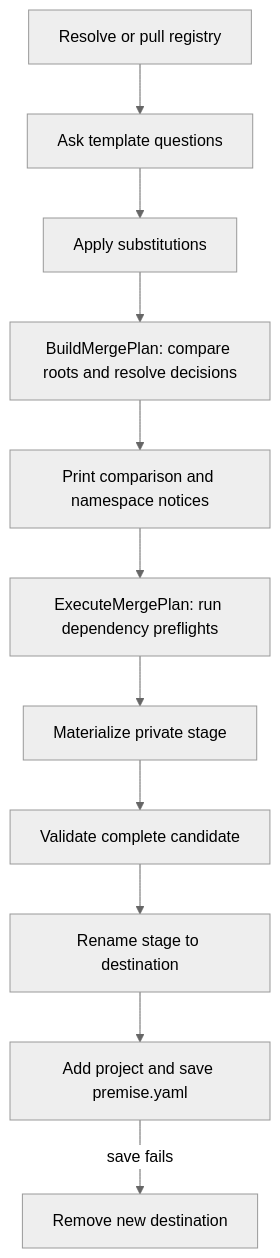
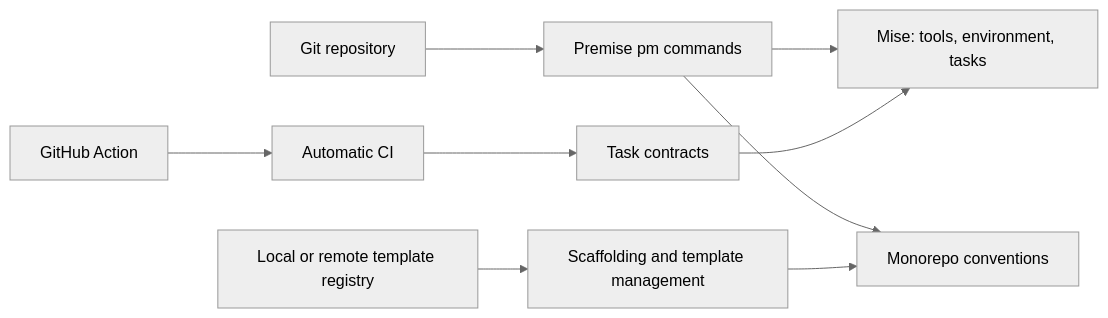
Before and after one commit to cloudvoyant/premise: the diagram in docs/architecture.md, drawn with Mermaid (neutral theme). The commit also changed other lines of this file and 13 other files, not shown here.

First line of the commit message:
refactor(templates): organize merge architecture

````diff
--- a/docs/architecture.md
+++ b/docs/architecture.md
@@ -21,13 +30,11 @@
 ```mermaid
-flowchart TD
-  A[Resolve or pull registry] --> B[Ask template questions]
-  B --> C[Apply substitutions]
-  C --> D[BuildMergePlan: compare roots and resolve decisions]
-  D --> E[Print comparison and namespace notices]
-  E --> F[ExecuteMergePlan: run dependency preflights]
-  F --> G[Materialize private stage]
-  G --> H[Validate complete candidate]
-  H --> I[Rename stage to destination]
-  I --> J[Add project and save premise.yaml]
-  J -->|save fails| K[Remove new destination]
+flowchart LR
+  Git[Git repository] --> PM[Premise pm commands]
+  PM --> Mise[Mise: tools, environment, tasks]
+  PM --> Mono[Monorepo conventions]
+  Registry[Local or remote template registry] --> Scaffold[Scaffolding and template management]
+  Scaffold --> Mono
+  Action[GitHub Action] --> CI[Automatic CI]
+  CI --> Contracts[Task contracts]
+  Contracts --> Mise
 ```
````
